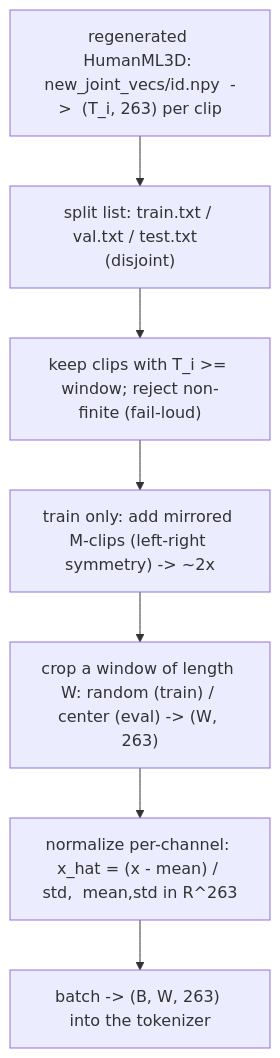
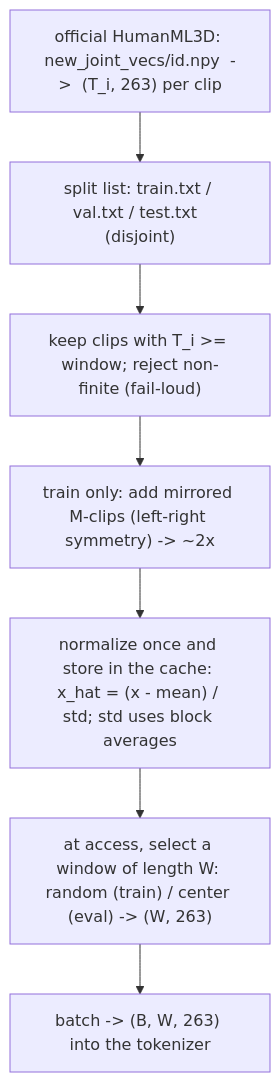
The diagram in doc/notes/lessons/04a-the-data-pipeline.md (CatalinButacu/GenAI-Text2Motion), drawn with Mermaid before and after one commit. The commit also changed other lines of this file and 24 other files, not shown here.

````diff
--- a/doc/notes/lessons/04a-the-data-pipeline.md
+++ b/doc/notes/lessons/04a-the-data-pipeline.md
@@ -10,9 +15,9 @@
 ```mermaid
 flowchart TB
-  RAW["regenerated HumanML3D: new_joint_vecs/id.npy  ->  (T_i, 263) per clip"] --> SPLIT["split list: train.txt / val.txt / test.txt  (disjoint)"]
+  RAW["official HumanML3D: new_joint_vecs/id.npy  ->  (T_i, 263) per clip"] --> SPLIT["split list: train.txt / val.txt / test.txt  (disjoint)"]
   SPLIT --> FILT["keep clips with T_i >= window; reject non-finite (fail-loud)"]
   FILT --> MIR["train only: add mirrored M-clips (left-right symmetry) -> ~2x"]
-  MIR --> CROP["crop a window of length W: random (train) / center (eval) -> (W, 263)"]
-  CROP --> NORM["normalize per-channel: x_hat = (x - mean) / std,  mean,std in R^263"]
-  NORM --> BATCH["batch -> (B, W, 263) into the tokenizer"]
+  MIR --> NORM["normalize once and store in the cache: x_hat = (x - mean) / std; std uses block averages"]
+  NORM --> CROP["at access, select a window of length W: random (train) / center (eval) -> (W, 263)"]
+  CROP --> BATCH["batch -> (B, W, 263) into the tokenizer"]
 ```
````
